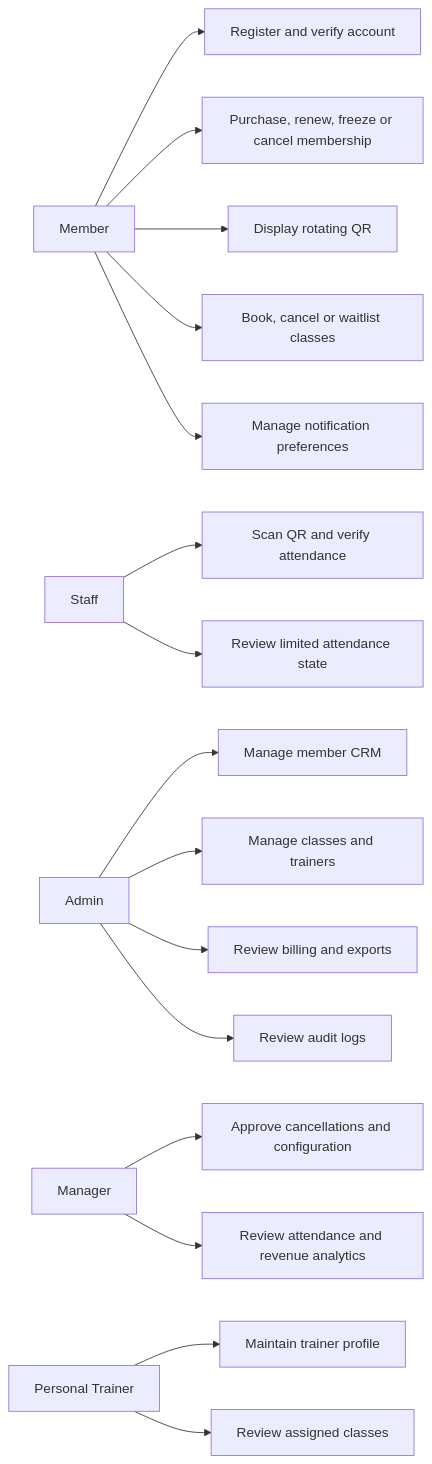
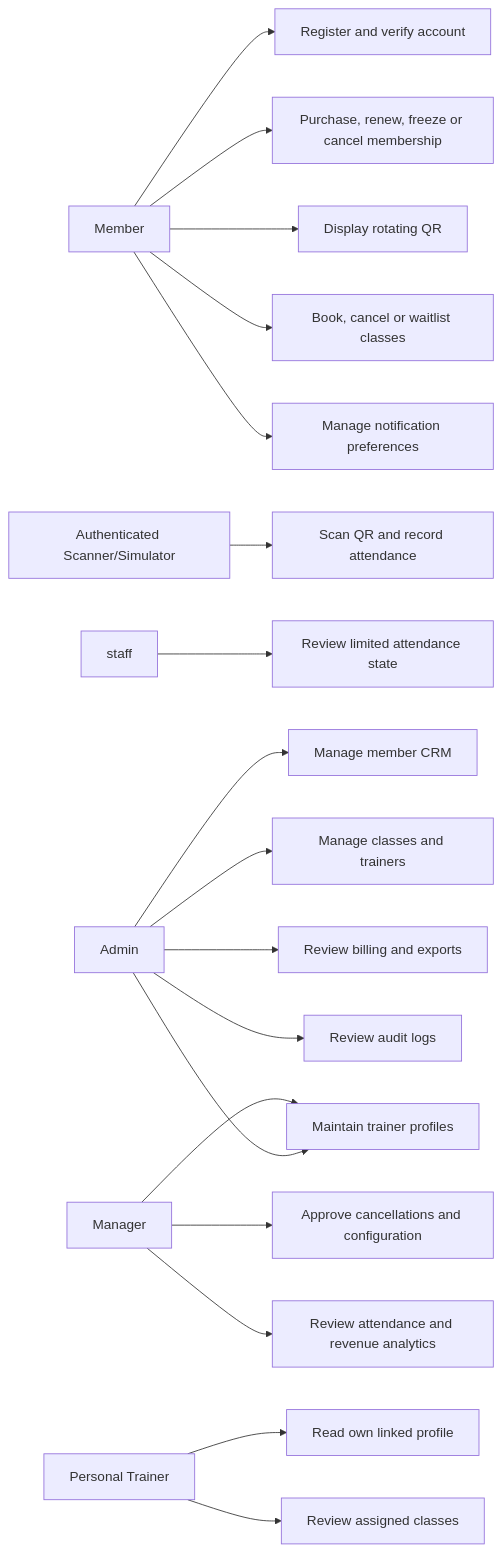
One commit to Nguyen-Khoa21/YPGym changed the diagram in docs/diagrams/use-cases.mmd. Above: the diagram before and after it, drawn with Mermaid. The commit also changed other lines of this file and 31 other files, not shown here.

```diff
--- a/docs/diagrams/use-cases.mmd
+++ b/docs/diagrams/use-cases.mmd
@@ -1,20 +1,22 @@
 flowchart LR
   member["Member"] --> register["Register and verify account"]
   member --> membership["Purchase, renew, freeze or cancel membership"]
   member --> qr["Display rotating QR"]
   member --> booking["Book, cancel or waitlist classes"]
   member --> notifications["Manage notification preferences"]
 
-  staff["Staff"] --> scanner["Scan QR and verify attendance"]
+  device["Authenticated Scanner/Simulator"] --> scanner["Scan QR and record attendance"]
   staff --> attendance["Review limited attendance state"]
 
   admin["Admin"] --> crm["Manage member CRM"]
   admin --> classes["Manage classes and trainers"]
   admin --> billing["Review billing and exports"]
   admin --> audit["Review audit logs"]
 
   manager["Manager"] --> approvals["Approve cancellations and configuration"]
   manager --> analytics["Review attendance and revenue analytics"]
 
-  pt["Personal Trainer"] --> profile["Maintain trainer profile"]
+  manager --> profile["Maintain trainer profiles"]
+  admin --> profile
+  pt["Personal Trainer"] --> own["Read own linked profile"]
   pt --> assigned["Review assigned classes"]
```
